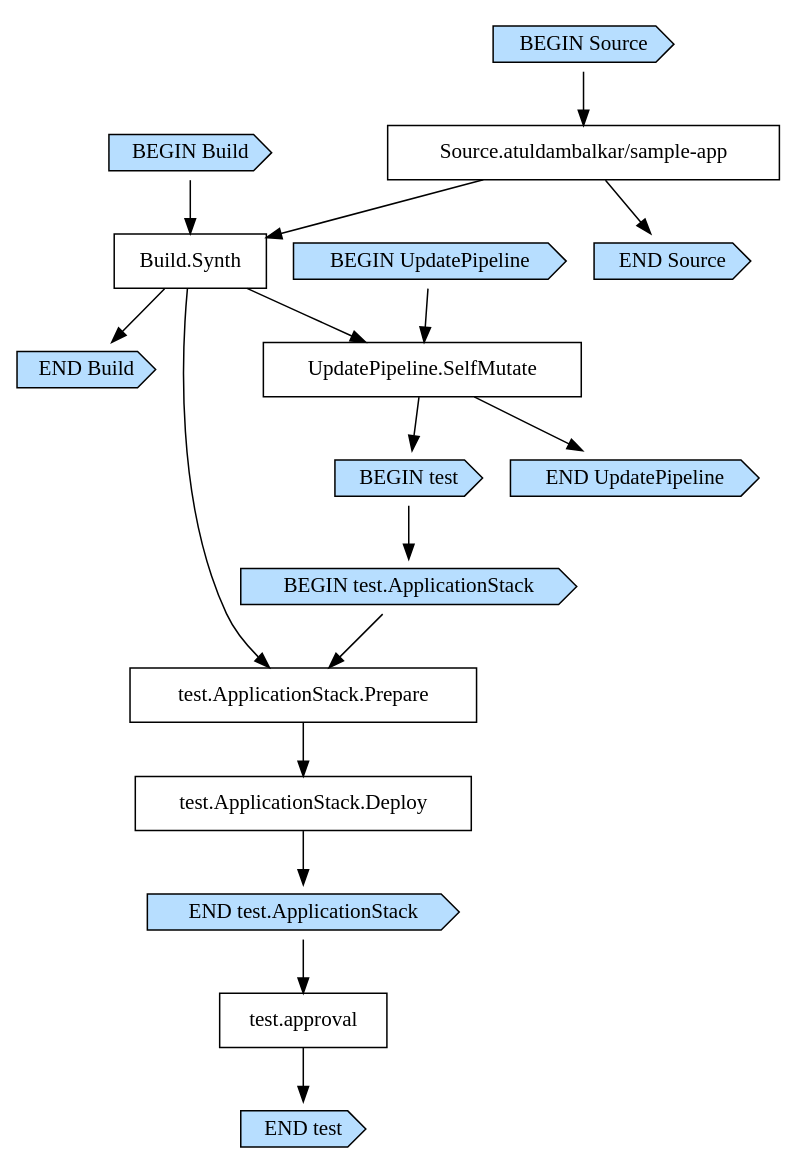
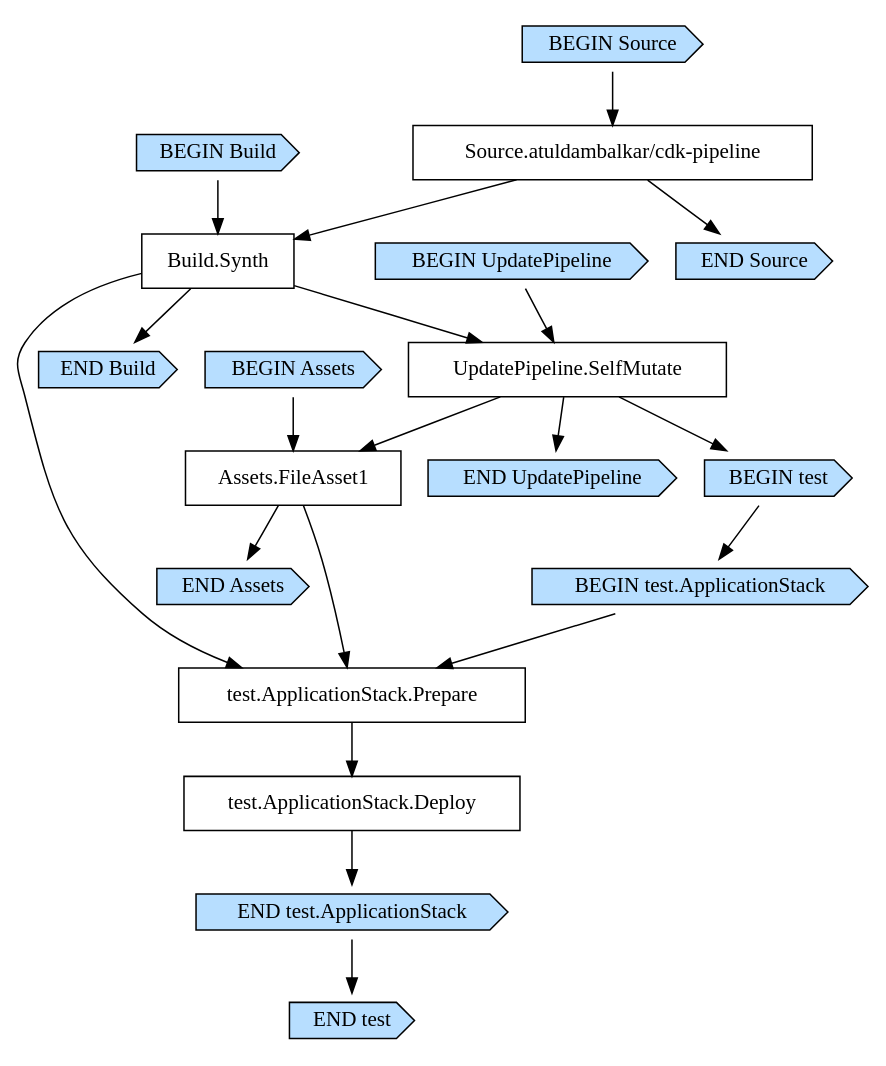
Before and after one commit to atuldambalkar/cdk-pipeline: the diagram in cdk.out/CdkPipelineStackpipelineAF7F3C0A.dot, drawn with Graphviz. The commit also changed 7 other files, not shown here.

```diff
--- a/cdk.out/CdkPipelineStackpipelineAF7F3C0A.dot
+++ b/cdk.out/CdkPipelineStackpipelineAF7F3C0A.dot
@@ -1,39 +1,44 @@
 digraph G {
   # Arrows represent an "unlocks" relationship (opposite of dependency). So chosen
   # because the layout looks more natural that way.
   # To represent subgraph dependencies, subgraphs are represented by BEGIN/END nodes.
   # To render: `dot -Tsvg CdkPipelineStackpipelineAF7F3C0A.dot > graph.svg`, open in a browser.
   node [shape="box"];
 "BEGIN Build" [shape="cds", style="filled", fillcolor="#b7deff"];
 "END Build" [shape="cds", style="filled", fillcolor="#b7deff"];
 "Build.Synth";
-"Source.atuldambalkar/sample-app" -> "Build.Synth";
+"Source.atuldambalkar/cdk-pipeline" -> "Build.Synth";
 "BEGIN Build" -> "Build.Synth";
 "Build.Synth" -> "END Build";
 "BEGIN UpdatePipeline" [shape="cds", style="filled", fillcolor="#b7deff"];
 "END UpdatePipeline" [shape="cds", style="filled", fillcolor="#b7deff"];
 "UpdatePipeline.SelfMutate";
 "Build.Synth" -> "UpdatePipeline.SelfMutate";
 "BEGIN UpdatePipeline" -> "UpdatePipeline.SelfMutate";
 "UpdatePipeline.SelfMutate" -> "END UpdatePipeline";
+"BEGIN Assets" [shape="cds", style="filled", fillcolor="#b7deff"];
+"END Assets" [shape="cds", style="filled", fillcolor="#b7deff"];
+"Assets.FileAsset1";
+"UpdatePipeline.SelfMutate" -> "Assets.FileAsset1";
+"BEGIN Assets" -> "Assets.FileAsset1";
+"Assets.FileAsset1" -> "END Assets";
 "BEGIN test" [shape="cds", style="filled", fillcolor="#b7deff"];
 "END test" [shape="cds", style="filled", fillcolor="#b7deff"];
 "UpdatePipeline.SelfMutate" -> "BEGIN test";
 "BEGIN test.ApplicationStack" [shape="cds", style="filled", fillcolor="#b7deff"];
 "END test.ApplicationStack" [shape="cds", style="filled", fillcolor="#b7deff"];
 "test.ApplicationStack.Deploy";
 "test.ApplicationStack.Prepare" -> "test.ApplicationStack.Deploy";
 "test.ApplicationStack.Prepare";
 "Build.Synth" -> "test.ApplicationStack.Prepare";
+"Assets.FileAsset1" -> "test.ApplicationStack.Prepare";
 "BEGIN test.ApplicationStack" -> "test.ApplicationStack.Prepare";
 "test.ApplicationStack.Deploy" -> "END test.ApplicationStack";
-"test.approval";
-"END test.ApplicationStack" -> "test.approval";
 "BEGIN test" -> "BEGIN test.ApplicationStack";
-"test.approval" -> "END test";
+"END test.ApplicationStack" -> "END test";
 "BEGIN Source" [shape="cds", style="filled", fillcolor="#b7deff"];
 "END Source" [shape="cds", style="filled", fillcolor="#b7deff"];
-"Source.atuldambalkar/sample-app";
-"BEGIN Source" -> "Source.atuldambalkar/sample-app";
-"Source.atuldambalkar/sample-app" -> "END Source";
+"Source.atuldambalkar/cdk-pipeline";
+"BEGIN Source" -> "Source.atuldambalkar/cdk-pipeline";
+"Source.atuldambalkar/cdk-pipeline" -> "END Source";
 }
```
